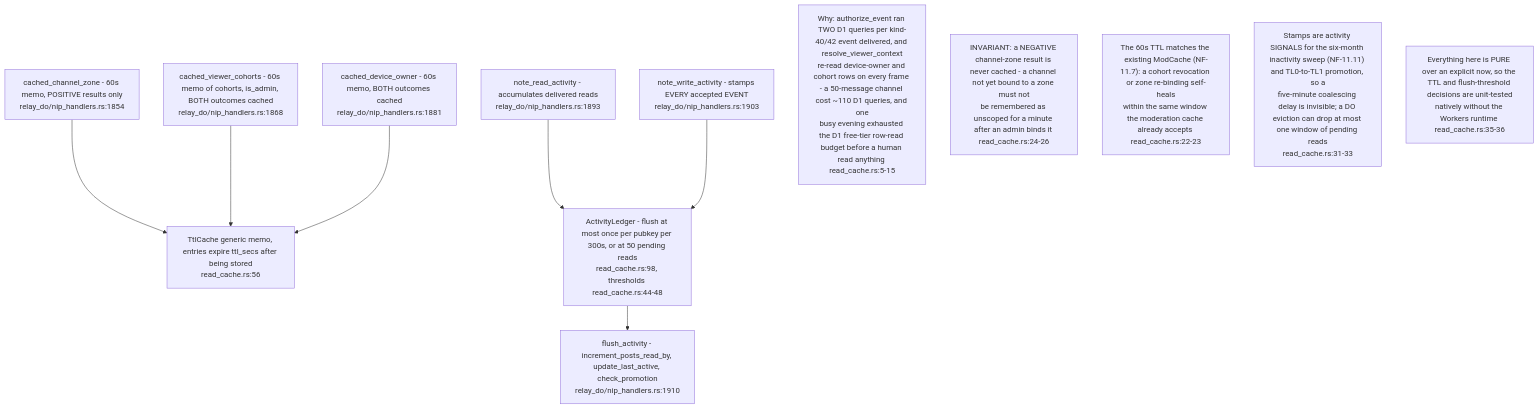
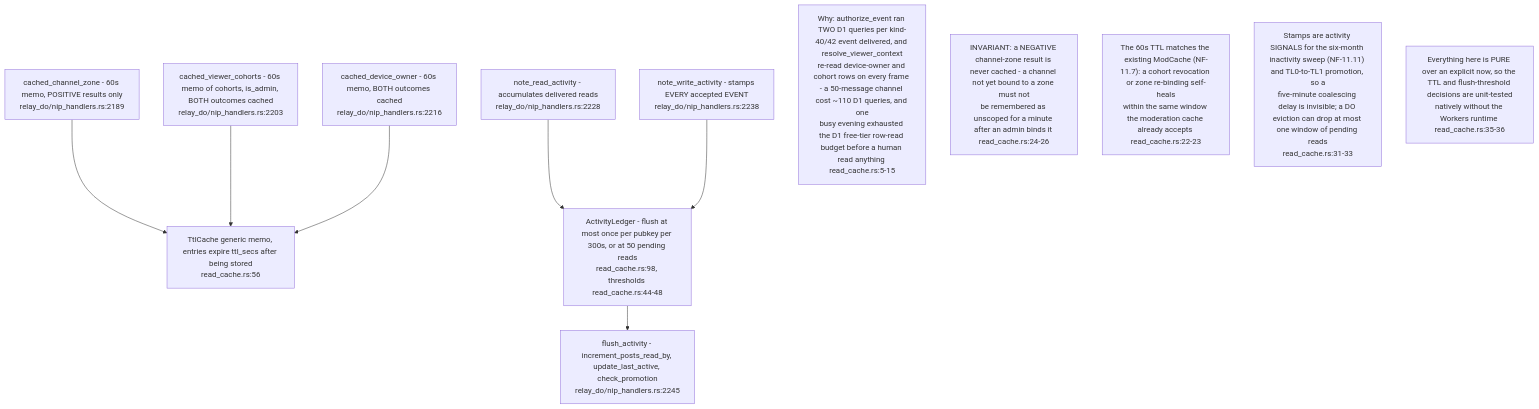
One commit to DreamLab-AI/VisionFlow changed diagram 16 of 16 in docs/diagrams/nostr-rust-forum/11-relay-durable-object-internals.md. Above: the diagram before and after it, drawn with Mermaid. The commit also changed other lines of this file and 160 other files, not shown here.

````diff
--- a/docs/diagrams/nostr-rust-forum/11-relay-durable-object-internals.md
+++ b/docs/diagrams/nostr-rust-forum/11-relay-durable-object-internals.md
@@ -461,20 +473,20 @@
 ```mermaid
 flowchart TB
-    ZONE["cached_channel_zone - 60s memo, POSITIVE results only<br/>relay_do/nip_handlers.rs:1854"]
-    COH["cached_viewer_cohorts - 60s memo of cohorts, is_admin, BOTH outcomes cached<br/>relay_do/nip_handlers.rs:1868"]
-    DEV["cached_device_owner - 60s memo, BOTH outcomes cached<br/>relay_do/nip_handlers.rs:1881"]
+    ZONE["cached_channel_zone - 60s memo, POSITIVE results only<br/>relay_do/nip_handlers.rs:2189"]
+    COH["cached_viewer_cohorts - 60s memo of cohorts, is_admin, BOTH outcomes cached<br/>relay_do/nip_handlers.rs:2203"]
+    DEV["cached_device_owner - 60s memo, BOTH outcomes cached<br/>relay_do/nip_handlers.rs:2216"]
     TTL["TtlCache generic memo, entries expire ttl_secs after being stored<br/>read_cache.rs:56"]
-    READ["note_read_activity - accumulates delivered reads<br/>relay_do/nip_handlers.rs:1893"]
-    WRITE["note_write_activity - stamps EVERY accepted EVENT<br/>relay_do/nip_handlers.rs:1903"]
+    READ["note_read_activity - accumulates delivered reads<br/>relay_do/nip_handlers.rs:2228"]
+    WRITE["note_write_activity - stamps EVERY accepted EVENT<br/>relay_do/nip_handlers.rs:2238"]
     LEDGER["ActivityLedger - flush at most once per pubkey per 300s, or at 50 pending reads<br/>read_cache.rs:98, thresholds read_cache.rs:44-48"]
-    FLUSH["flush_activity - increment_posts_read_by, update_last_active, check_promotion<br/>relay_do/nip_handlers.rs:1910"]
+    FLUSH["flush_activity - increment_posts_read_by, update_last_active, check_promotion<br/>relay_do/nip_handlers.rs:2245"]
 
     ZONE & COH & DEV --> TTL
     READ & WRITE --> LEDGER --> FLUSH
 
     N1["Why: authorize_event ran TWO D1 queries per kind-40/42 event delivered, and resolve_viewer_context<br/>re-read device-owner and cohort rows on every frame - a 50-message channel cost ~110 D1 queries, and one<br/>busy evening exhausted the D1 free-tier row-read budget before a human read anything read_cache.rs:5-15"]
     N2["INVARIANT: a NEGATIVE channel-zone result is never cached - a channel not yet bound to a zone must not<br/>be remembered as unscoped for a minute after an admin binds it read_cache.rs:24-26"]
     N3["The 60s TTL matches the existing ModCache (NF-11.7): a cohort revocation or zone re-binding self-heals<br/>within the same window the moderation cache already accepts read_cache.rs:22-23"]
     N4["Stamps are activity SIGNALS for the six-month inactivity sweep (NF-11.11) and TL0-to-TL1 promotion, so a<br/>five-minute coalescing delay is invisible; a DO eviction can drop at most one window of pending reads<br/>read_cache.rs:31-33"]
     N5["Everything here is PURE over an explicit now, so the TTL and flush-threshold decisions are unit-tested<br/>natively without the Workers runtime read_cache.rs:35-36"]
 ```
````
